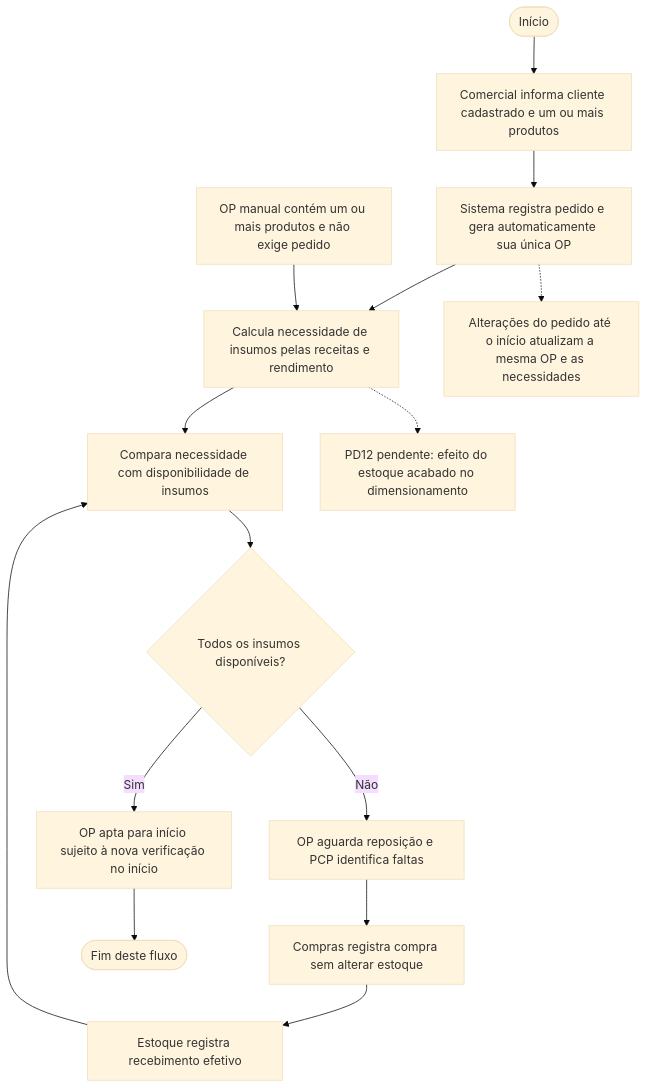
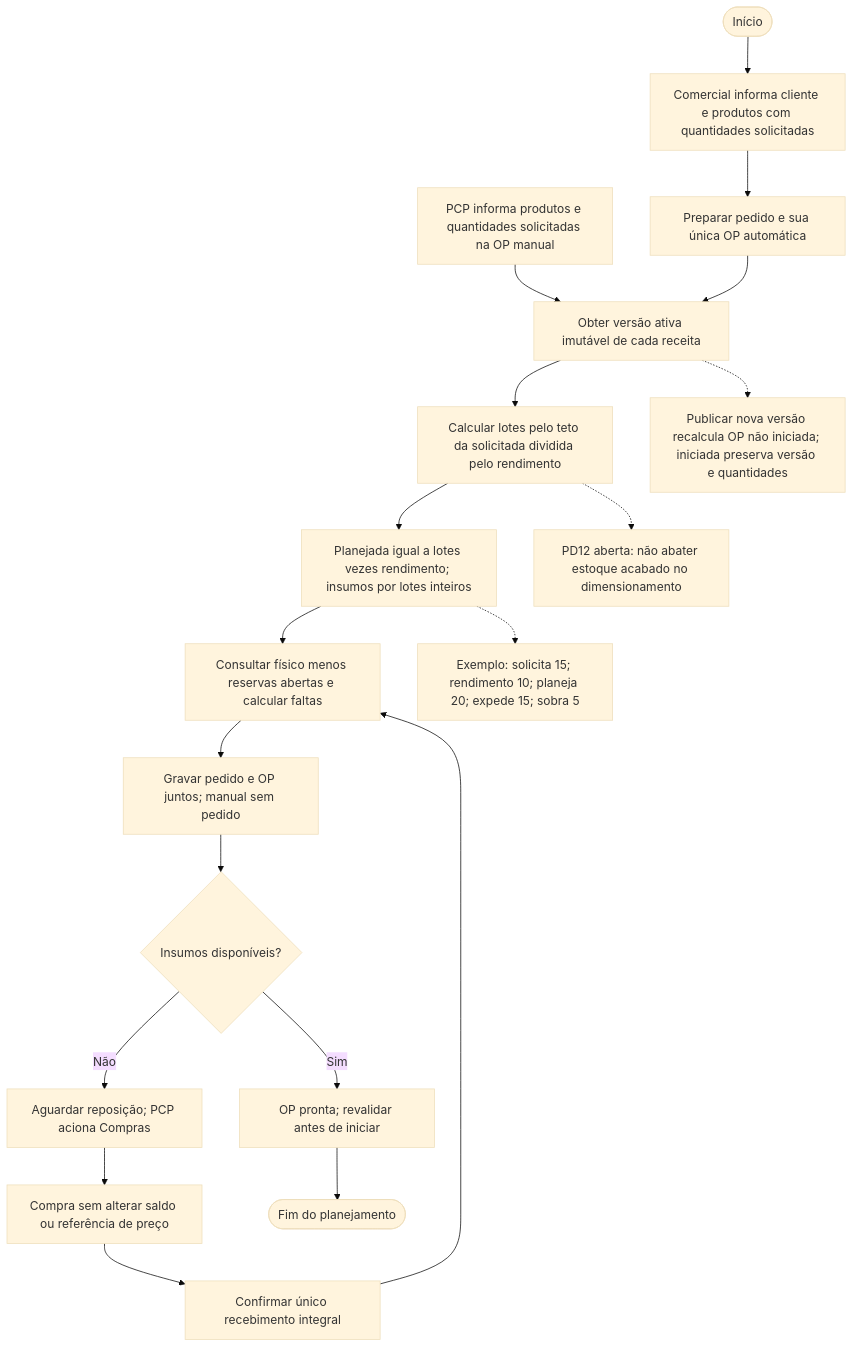
Before and after one commit to edumoreira7/TCC---Gestao-Integrada: the diagram in docs/03-modelagem/atividades/atividade-pedido-producao.mmd, drawn with Mermaid (base theme). The commit also changed 74 other files, not shown here.

```diff
--- a/docs/03-modelagem/atividades/atividade-pedido-producao.mmd
+++ b/docs/03-modelagem/atividades/atividade-pedido-producao.mmd
@@ -1,15 +1,19 @@
 flowchart TD
-    A([Início]) --> B[Comercial informa cliente cadastrado e um ou mais produtos]
-    B --> C[Sistema registra pedido e gera automaticamente sua única OP]
-    C --> D[Calcula necessidade de insumos pelas receitas e rendimento]
-    D --> E[Compara necessidade com disponibilidade de insumos]
-    E --> F{Todos os insumos disponíveis?}
-    F -- Não --> G[OP aguarda reposição e PCP identifica faltas]
-    G --> H[Compras registra compra sem alterar estoque]
-    H --> I[Estoque registra recebimento efetivo]
-    I --> E
-    F -- Sim --> J[OP apta para início sujeito à nova verificação no início]
-    J --> K([Fim deste fluxo])
-    C -.-> L[Alterações do pedido até o início atualizam a mesma OP e as necessidades]
-    D -.-> M[PD12 pendente: efeito do estoque acabado no dimensionamento]
-    N[OP manual contém um ou mais produtos e não exige pedido] --> D
+    A([Início]) --> B[Comercial informa cliente e produtos com quantidades solicitadas]
+    B --> C[Preparar pedido e sua única OP automática]
+    N[PCP informa produtos e quantidades solicitadas na OP manual] --> D
+    C --> D[Obter versão ativa imutável de cada receita]
+    D --> E[Calcular lotes pelo teto da solicitada dividida pelo rendimento]
+    E --> F[Planejada igual a lotes vezes rendimento; insumos por lotes inteiros]
+    F --> G[Consultar físico menos reservas abertas e calcular faltas]
+    G --> H[Gravar pedido e OP juntos; manual sem pedido]
+    H --> I{Insumos disponíveis?}
+    I -- Não --> J[Aguardar reposição; PCP aciona Compras]
+    J --> K[Compra sem alterar saldo ou referência de preço]
+    K --> L[Confirmar único recebimento integral]
+    L --> G
+    I -- Sim --> M[OP pronta; revalidar antes de iniciar]
+    M --> O([Fim do planejamento])
+    D -.-> P[Publicar nova versão recalcula OP não iniciada; iniciada preserva versão e quantidades]
+    E -.-> Q[PD12 aberta: não abater estoque acabado no dimensionamento]
+    F -.-> R[Exemplo: solicita 15; rendimento 10; planeja 20; expede 15; sobra 5]
```
